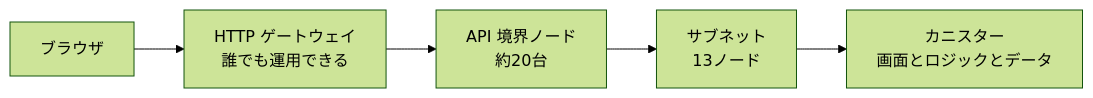
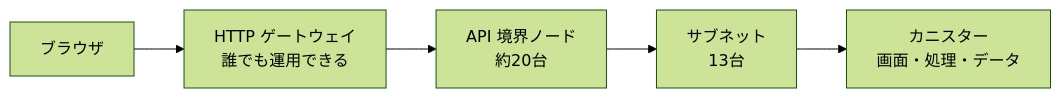
One commit to isamu/zenn-docs changed the diagram in articles/internet-computer-report.md. Above: the diagram before and after it, drawn with Mermaid (forest theme). The commit also changed other lines of this file, not shown here.

````diff
--- a/articles/internet-computer-report.md
+++ b/articles/internet-computer-report.md
@@ -77,7 +96,7 @@
 ```mermaid
 flowchart LR
   B[ブラウザ] --> G[HTTP ゲートウェイ<br/>誰でも運用できる]
   G --> A[API 境界ノード<br/>約20台]
-  A --> S[サブネット<br/>13ノード]
-  S --> C[カニスター<br/>画面とロジックとデータ]
+  A --> S[サブネット<br/>13台]
+  S --> C[カニスター<br/>画面・処理・データ]
 ```
````
